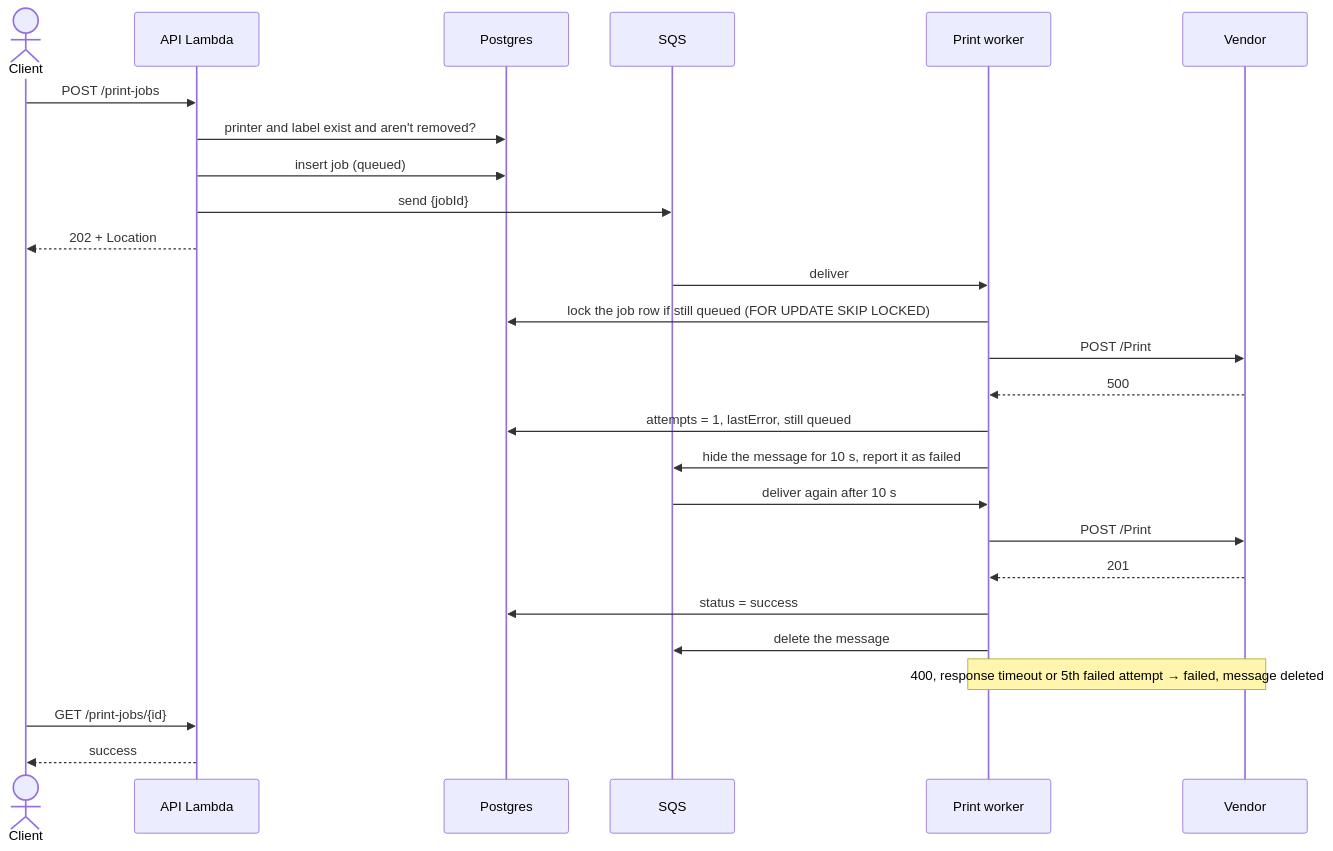
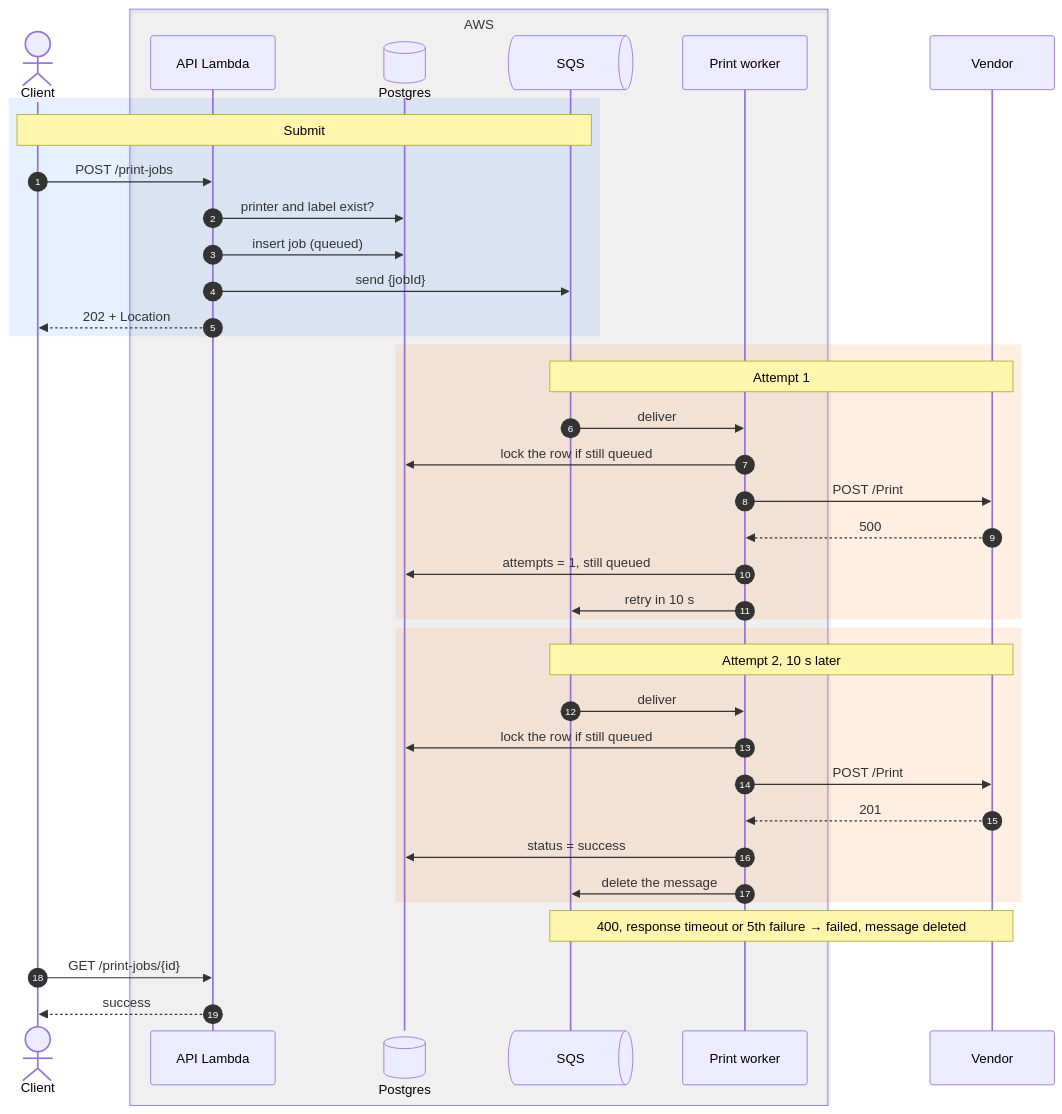
One commit to baekdahl/print-manager changed the fourth of 4 diagrams in docs/design.md. Above: the diagram before and after it, drawn with Mermaid. The commit also changed other lines of this file, not shown here.

Commit message:
Polish the consistency sequence diagrams: AWS box, phases, numbered steps

````diff
--- a/docs/design.md
+++ b/docs/design.md
@@ -232,29 +243,46 @@
 ```mermaid
 sequenceDiagram
+  autonumber
   actor C as Client
-  participant API as API Lambda
-  participant DB as Postgres
-  participant Q as SQS
-  participant W as Print worker
+  box rgba(127,127,127,0.08) AWS
+    participant API as API Lambda
+    participant DB@{ "type": "database" } as Postgres
+    participant Q@{ "type": "queue" } as SQS
+    participant W as Print worker
+  end
   participant V as Vendor
 
-  C->>API: POST /print-jobs
-  API->>DB: printer and label exist and aren't removed?
-  API->>DB: insert job (queued)
-  API->>Q: send {jobId}
-  API-->>C: 202 + Location
-  Q->>W: deliver
-  W->>DB: lock the job row if still queued (FOR UPDATE SKIP LOCKED)
-  W->>V: POST /Print
-  V-->>W: 500
-  W->>DB: attempts = 1, lastError, still queued
-  W->>Q: hide the message for 10 s, report it as failed
-  Q->>W: deliver again after 10 s
-  W->>V: POST /Print
-  V-->>W: 201
-  W->>DB: status = success
-  W->>Q: delete the message
-  Note over W,V: 400, response timeout or 5th failed attempt → failed, message deleted
+  rect rgba(59,130,246,0.12)
+    Note over C,Q: Submit
+    C->>API: POST /print-jobs
+    API->>DB: printer and label exist?
+    API->>DB: insert job (queued)
+    API->>Q: send {jobId}
+    API-->>C: 202 + Location
+  end
+
+  rect rgba(249,115,22,0.12)
+    Note over Q,V: Attempt 1
+    Q->>W: deliver
+    W->>DB: lock the row if still queued
+    W->>V: POST /Print
+    V-->>W: 500
+    W->>DB: attempts = 1, still queued
+    W->>Q: retry in 10 s
+  end
+
+  rect rgba(249,115,22,0.12)
+    Note over Q,V: Attempt 2, 10 s later
+    Q->>W: deliver
+    W->>DB: lock the row if still queued
+    W->>V: POST /Print
+    V-->>W: 201
+    W->>DB: status = success
+    W->>Q: delete the message
+  end
+
+  Note over Q,V: 400, response timeout or 5th failure → failed, message deleted
+
   C->>API: GET /print-jobs/{id}
   API-->>C: success
 ```
````
